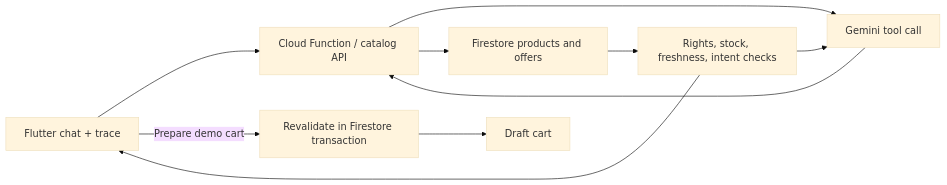
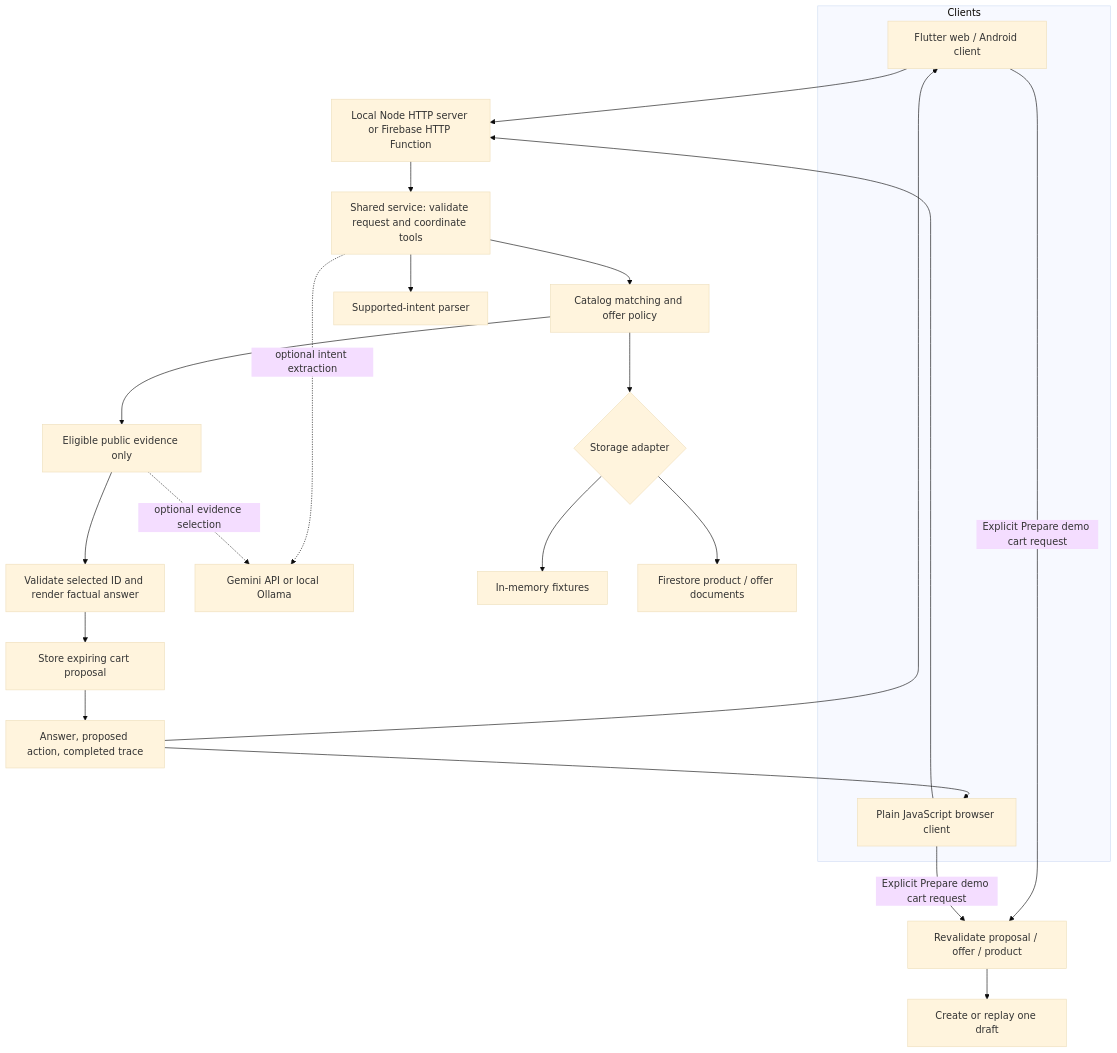
One commit to codeandsomedata/commerce-trust-lab changed the diagram in README.md. Above: the diagram before and after it, drawn with Mermaid (base theme). The commit also changed other lines of this file and 19 other files, not shown here.

````diff
--- a/README.md
+++ b/README.md
@@ -52,12 +65,27 @@
 ```mermaid
-flowchart LR
-  A[Flutter chat + trace] --> B[Cloud Function / catalog API]
-  B --> C[Gemini tool call]
-  C --> B
-  B --> D[Firestore products and offers]
-  D --> E[Rights, stock, freshness, intent checks]
-  E --> C
-  E --> A
-  A -->|Prepare demo cart| F[Revalidate in Firestore transaction]
-  F --> G[Draft cart]
+flowchart TB
+  subgraph Clients
+    F[Flutter web / Android client]
+    W[Plain JavaScript browser client]
+  end
+  F --> HTTP
+  W --> HTTP
+  HTTP[Local Node HTTP server or Firebase HTTP Function]
+  HTTP --> S[Shared service: validate request and coordinate tools]
+  S --> P[Supported-intent parser]
+  S -. optional intent extraction .-> M[Gemini API or local Ollama]
+  S --> C[Catalog matching and offer policy]
+  C --> D{Storage adapter}
+  D --> MEM[In-memory fixtures]
+  D --> FS[Firestore product / offer documents]
+  C --> E[Eligible public evidence only]
+  E -. optional evidence selection .-> M
+  E --> R[Validate selected ID and render factual answer]
+  R --> PROP[Store expiring cart proposal]
+  PROP --> UI[Answer, proposed action, completed trace]
+  UI --> F
+  UI --> W
+  F -->|Explicit Prepare demo cart request| A[Revalidate proposal / offer / product]
+  W -->|Explicit Prepare demo cart request| A
+  A --> CART[Create or replay one draft]
 ```
````
